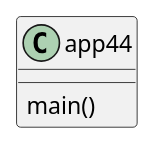
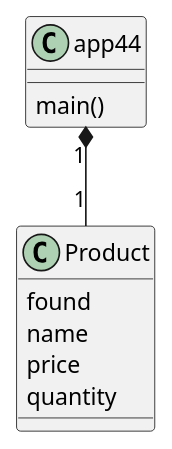
One commit to JustinGesek/gesek-cop3330-assignment3 changed the diagram in src/main/java/ex44/app44.puml. Above: the diagram before and after it, drawn with PlantUML. The commit also changed 19 other files, not shown here.

```diff
--- a/src/main/java/ex44/app44.puml
+++ b/src/main/java/ex44/app44.puml
@@ -1,6 +1,14 @@
 @startuml
 class app44
 {
-    main()
+main()
 }
+class Product
+{
+found
+name
+price
+quantity
+}
+app44 "1" *-- "1" Product
 @enduml
```
